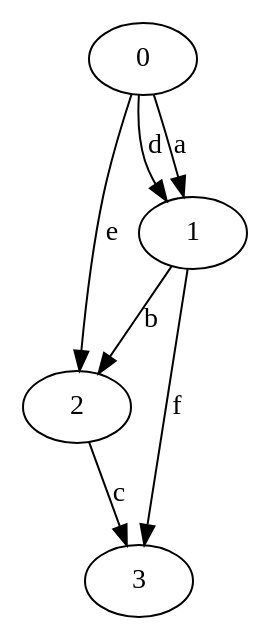
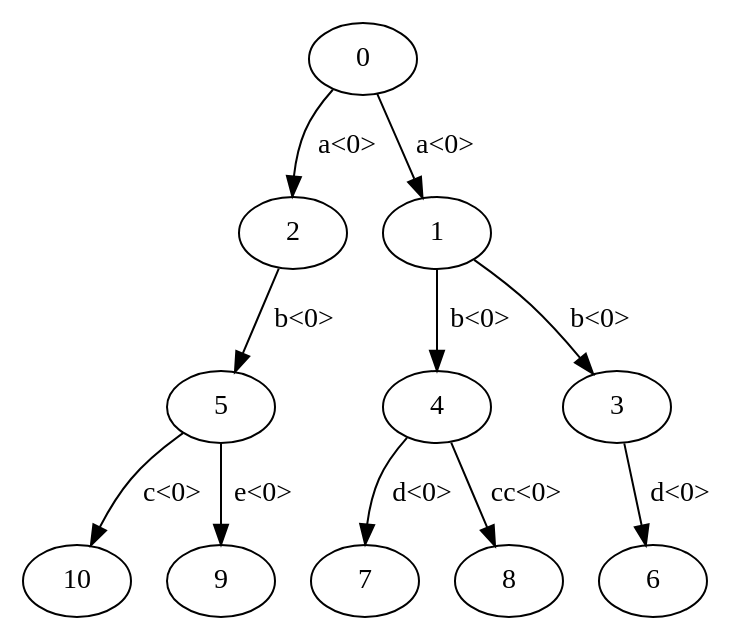
Before and after one commit to varivera/aliasing-java: the diagram in AliasingImpl/source/testingAliasDiagram.dot, drawn with Graphviz. The commit also changed 8 other files, not shown here.

```diff
--- a/AliasingImpl/source/testingAliasDiagram.dot
+++ b/AliasingImpl/source/testingAliasDiagram.dot
@@ -1,12 +1,23 @@
 digraph G {
-n2->n3 [label="c"]
-n1->n3 [label="f"]
-n1->n2 [label="b"]
-n0->n2 [label="e"]
-n0->n1 [label="d"]
-n0->n1 [label="a"]
+n5->n10 [label="c<0>"]
+n5->n9 [label="e<0>"]
+n4->n7 [label="d<0>"]
+n4->n8 [label="cc<0>"]
+n3->n6 [label="d<0>"]
+n2->n5 [label="b<0>"]
+n1->n4 [label="b<0>"]
+n1->n3 [label="b<0>"]
+n0->n2 [label="a<0>"]
+n0->n1 [label="a<0>"]
 n0[label="0"]
 n1[label="1"]
 n2[label="2"]
 n3[label="3"]
+n4[label="4"]
+n5[label="5"]
+n6[label="6"]
+n7[label="7"]
+n8[label="8"]
+n9[label="9"]
+n10[label="10"]
 }
```
